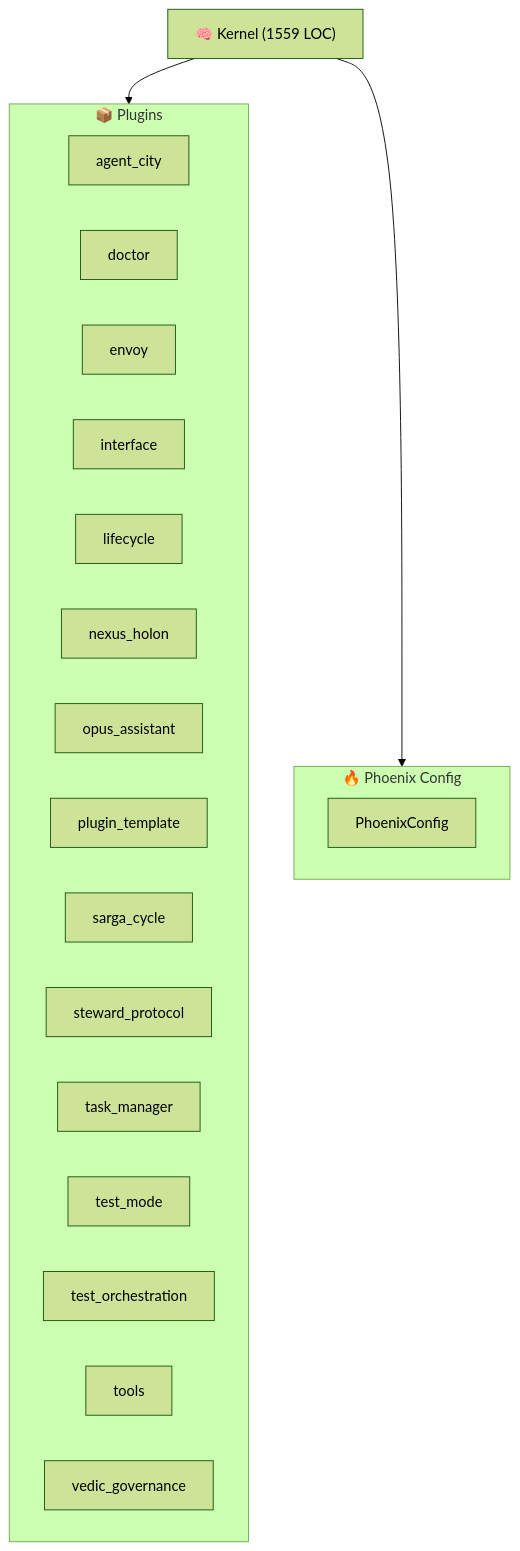
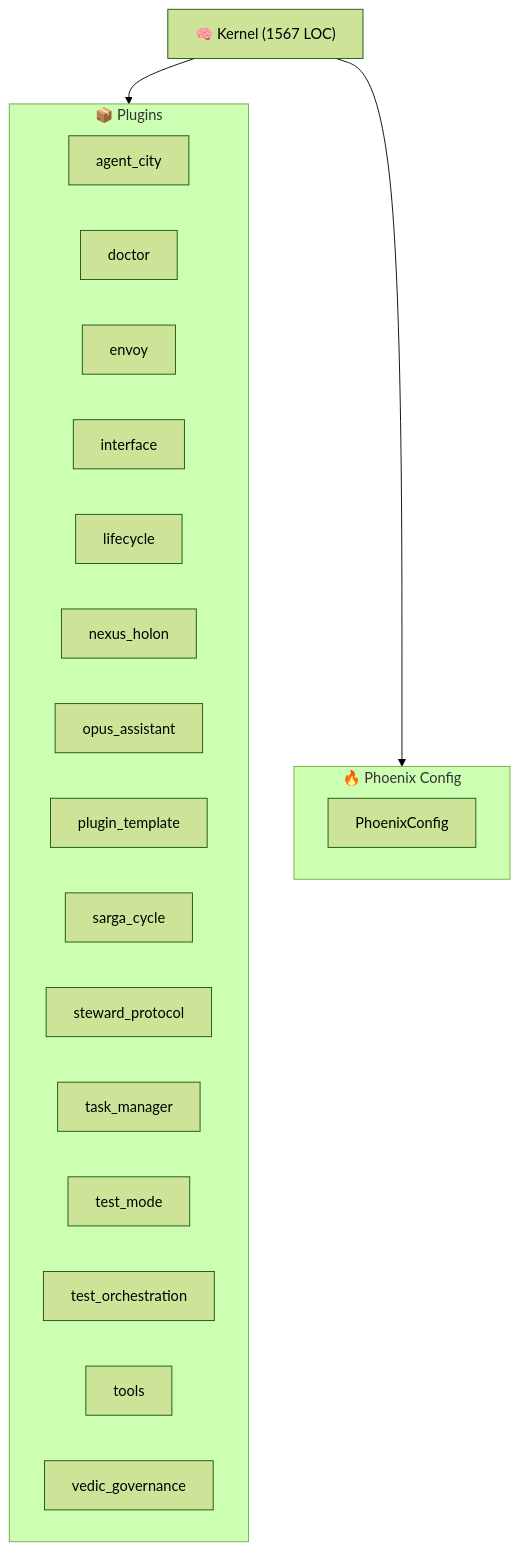
Before and after one commit to kimeisele/steward-protocol: the diagram in ARCHITECTURE.md, drawn with Mermaid (forest theme). The commit also changed other lines of this file and 15 other files, not shown here.

````diff
--- a/ARCHITECTURE.md
+++ b/ARCHITECTURE.md
@@ -8,26 +8,26 @@
 ```mermaid
 graph TB
-    K["🧠 Kernel (1559 LOC)"]
+    K["🧠 Kernel (1567 LOC)"]
     subgraph Plugins["📦 Plugins"]
         P_agent_city["agent_city"]
         P_doctor["doctor"]
         P_envoy["envoy"]
         P_interface["interface"]
         P_lifecycle["lifecycle"]
         P_nexus_holon["nexus_holon"]
         P_opus_assistant["opus_assistant"]
         P_plugin_template["plugin_template"]
         P_sarga_cycle["sarga_cycle"]
         P_steward_protocol["steward_protocol"]
         P_task_manager["task_manager"]
         P_test_mode["test_mode"]
         P_test_orchestration["test_orchestration"]
         P_tools["tools"]
         P_vedic_governance["vedic_governance"]
     end
     K --> Plugins
     subgraph Config["🔥 Phoenix Config"]
         PC[PhoenixConfig]
     end
     K --> Config
 ```
````
